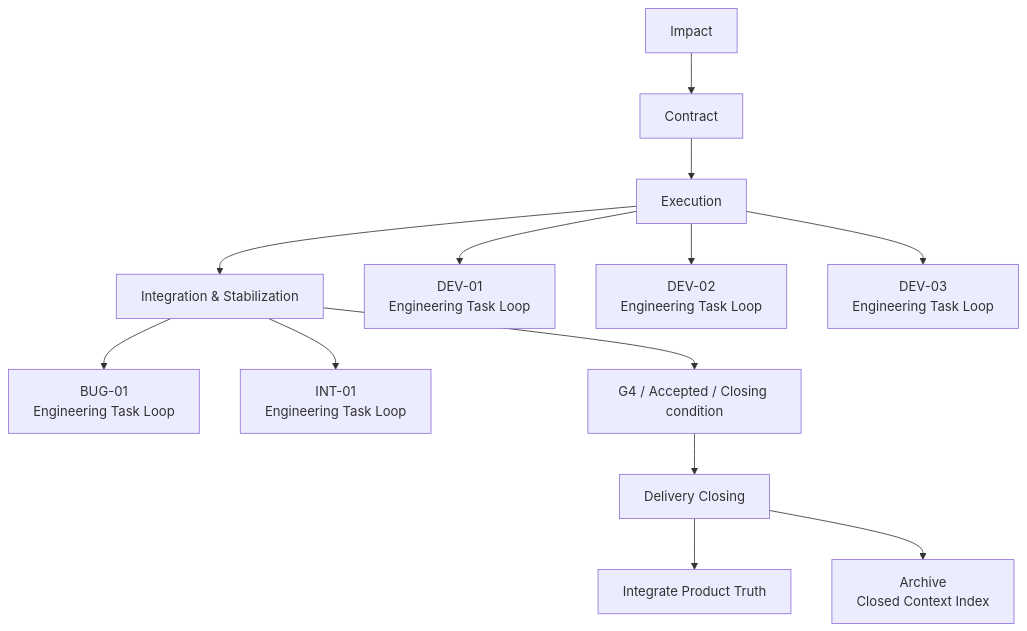
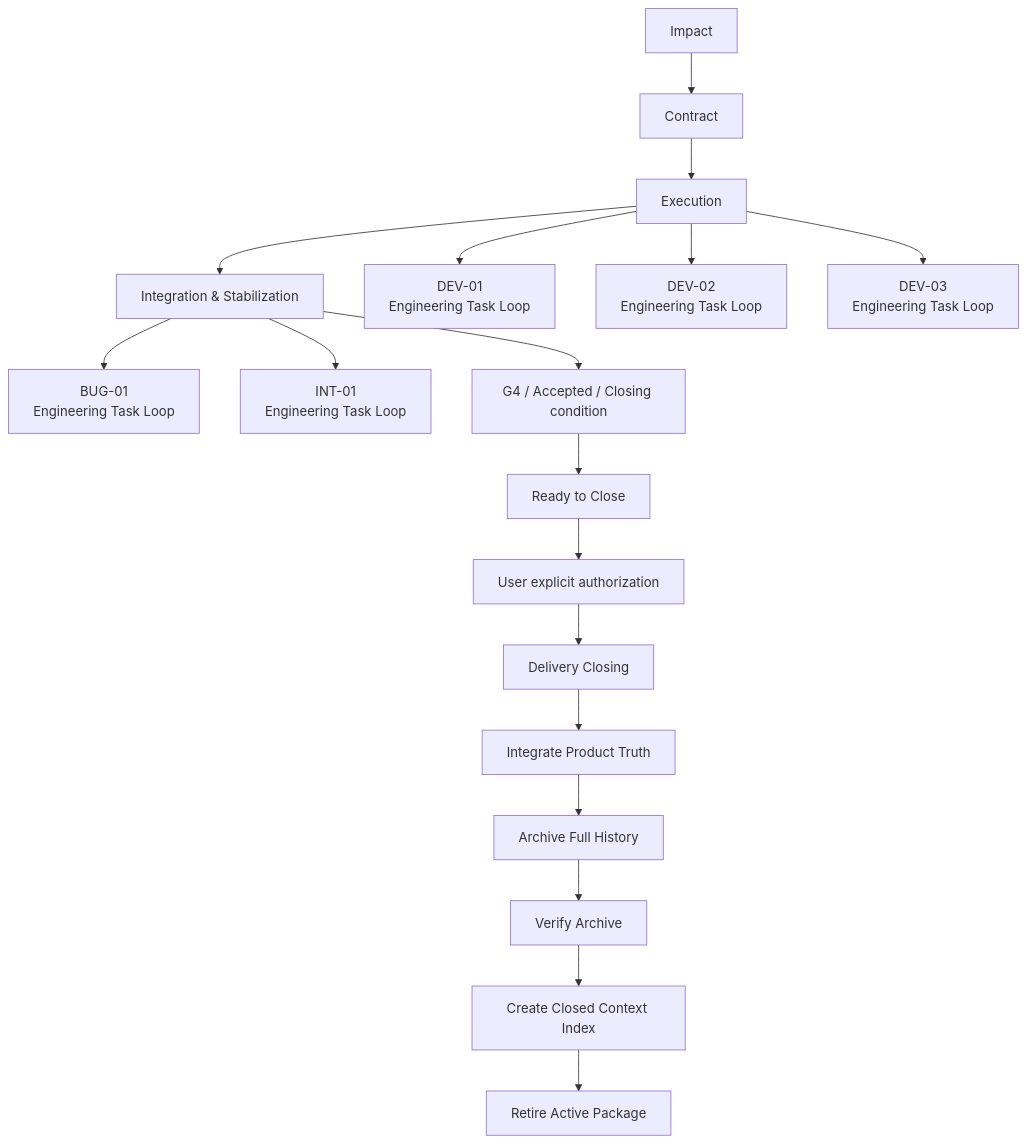
Before and after one commit to cnxutu/tu-engineering-workbench: the fifth of 9 diagrams in docs/workflows/engineering-task-loop/README.md, drawn with Mermaid. The commit also changed other lines of this file and 23 other files, not shown here.

````diff
--- a/docs/workflows/engineering-task-loop/README.md
+++ b/docs/workflows/engineering-task-loop/README.md
@@ -277,13 +278,18 @@
 ```mermaid
 flowchart TD
     I[Impact] --> C[Contract] --> E[Execution] --> S[Integration & Stabilization]
     E --> D1[DEV-01<br/>Engineering Task Loop]
     E --> D2[DEV-02<br/>Engineering Task Loop]
     E --> D3[DEV-03<br/>Engineering Task Loop]
     S --> B1[BUG-01<br/>Engineering Task Loop]
     S --> N1[INT-01<br/>Engineering Task Loop]
     S --> G[G4 / Accepted / Closing condition]
-    G --> DC[Delivery Closing]
+    G --> R[Ready to Close]
+    R --> U[User explicit authorization]
+    U --> DC[Delivery Closing]
     DC --> IP[Integrate Product Truth]
-    DC --> A[Archive<br/>Closed Context Index]
+    IP --> A[Archive Full History]
+    A --> VA[Verify Archive]
+    VA --> CI[Create Closed Context Index]
+    CI --> RA[Retire Active Package]
 ```
````
